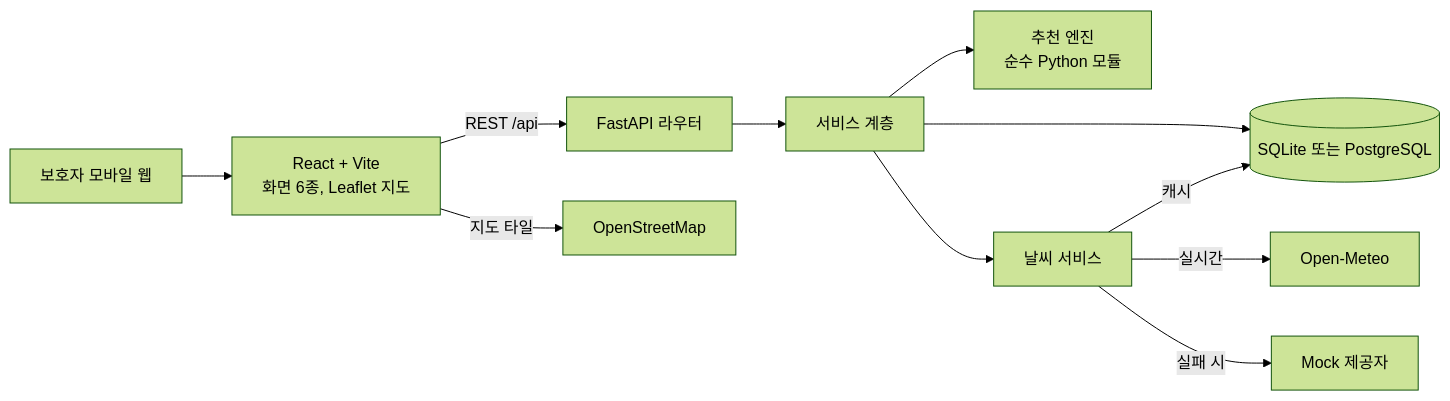
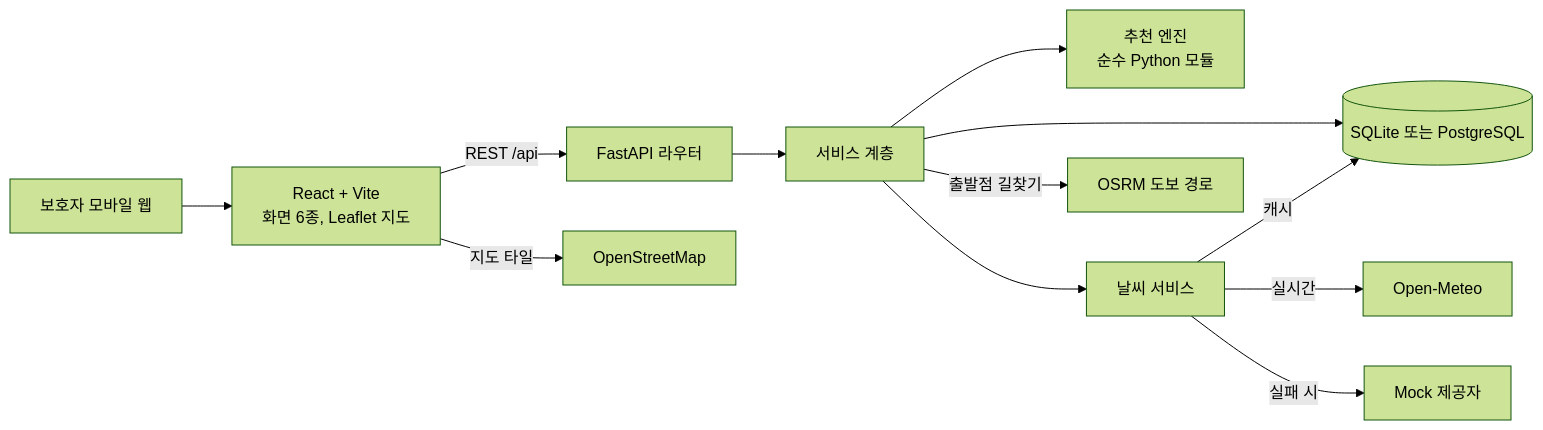
One commit to Kim-pitang/pawpath changed the first of 3 diagrams in docs/ARCHITECTURE.md. Above: the diagram before and after it, drawn with Mermaid (forest theme). The commit also changed other lines of this file and 29 other files, not shown here.

````diff
--- a/docs/ARCHITECTURE.md
+++ b/docs/ARCHITECTURE.md
@@ -7,13 +7,14 @@
 ```mermaid
 flowchart LR
     U[보호자 모바일 웹] --> FE[React + Vite<br/>화면 6종, Leaflet 지도]
     FE -->|REST /api| API[FastAPI 라우터]
     API --> S[서비스 계층]
     S --> ENG[추천 엔진<br/>순수 Python 모듈]
     S --> DB[(SQLite 또는 PostgreSQL)]
     S --> WS[날씨 서비스]
     WS -->|실시간| OM[Open-Meteo]
     WS -->|캐시| DB
     WS -->|실패 시| MOCK[Mock 제공자]
     FE -->|지도 타일| OSM[OpenStreetMap]
+    S -->|출발점 길찾기| OSRM[OSRM 도보 경로]
 ```
````
